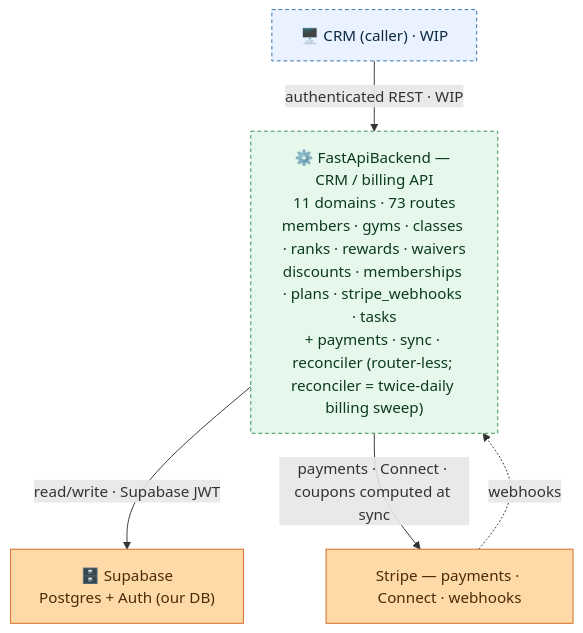
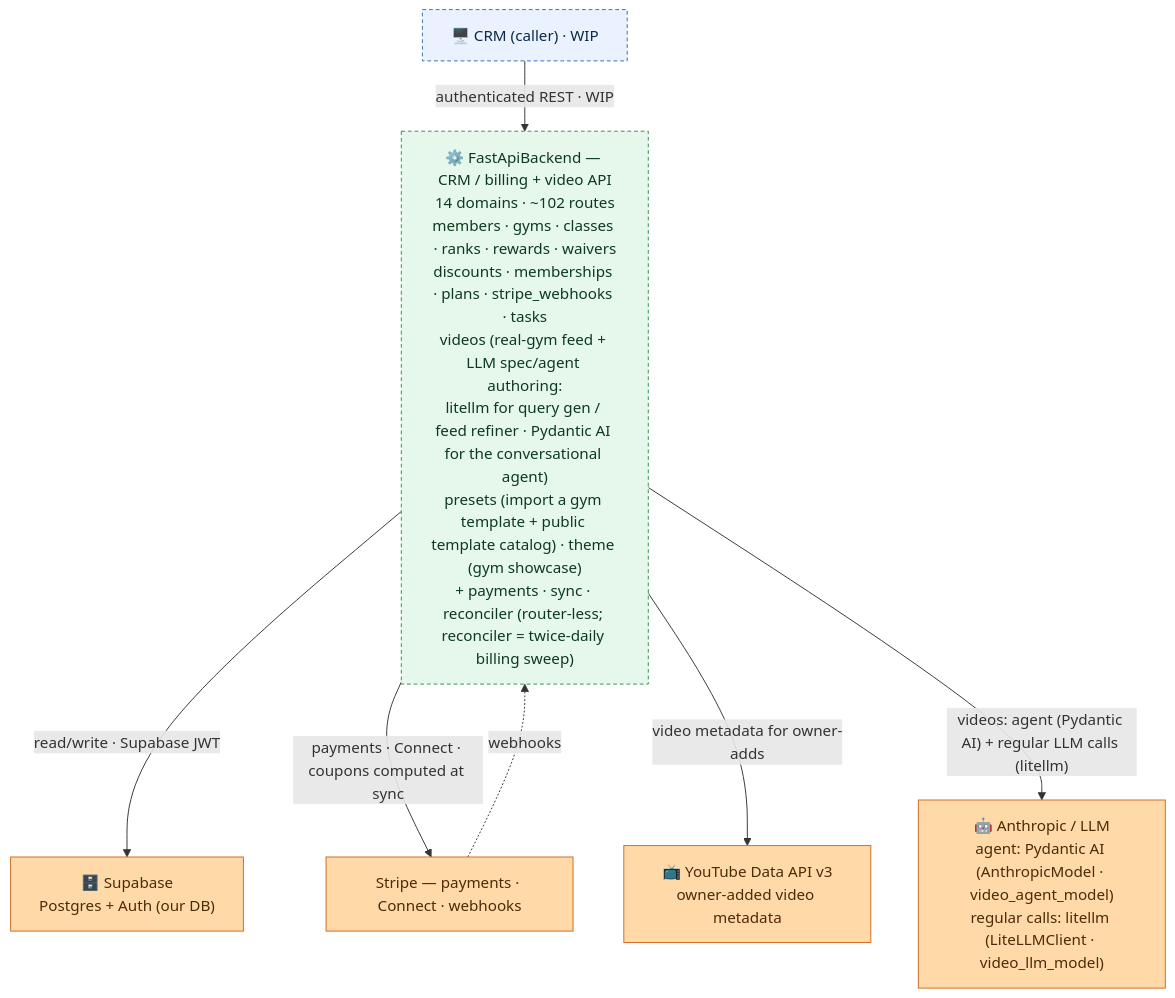
One commit to jesse51002/CombatDen changed the diagram in FastApiBackend/README.md. Above: the diagram before and after it, drawn with Mermaid. The commit also changed other lines of this file and 198 other files, not shown here.

First line of the commit message:
Video domain: LLM spec agent, theme/presets reorg, DB-paginated feed, unified curation model (#45)

````diff
--- a/FastApiBackend/README.md
+++ b/FastApiBackend/README.md
@@ -15,19 +16,23 @@
 ```mermaid
 flowchart TB
   CRM["🖥️ CRM (caller) · WIP"]
-  FB["⚙️ FastApiBackend — CRM / billing API<br/>11 domains · 73 routes<br/>members · gyms · classes · ranks · rewards · waivers<br/>discounts · memberships · plans · stripe_webhooks · tasks<br/>+ payments · sync · reconciler (router-less; reconciler = twice-daily billing sweep)"]
+  FB["⚙️ FastApiBackend — CRM / billing + video API<br/>14 domains · ~102 routes<br/>members · gyms · classes · ranks · rewards · waivers<br/>discounts · memberships · plans · stripe_webhooks · tasks<br/>videos (real-gym feed + LLM spec/agent authoring:<br/>litellm for query gen / feed refiner · Pydantic AI for the conversational agent)<br/>presets (import a gym template + public template catalog) · theme (gym showcase)<br/>+ payments · sync · reconciler (router-less; reconciler = twice-daily billing sweep)"]
   Supabase["🗄️ Supabase<br/>Postgres + Auth (our DB)"]
   Stripe["Stripe — payments · Connect · webhooks"]
+  YouTube["📺 YouTube Data API v3<br/>owner-added video metadata"]
+  LLMProvider["🤖 Anthropic / LLM<br/>agent: Pydantic AI (AnthropicModel · video_agent_model)<br/>regular calls: litellm (LiteLLMClient · video_llm_model)"]
   CRM -->|"authenticated REST · WIP"| FB
   FB -->|"read/write · Supabase JWT"| Supabase
   FB -->|"payments · Connect · coupons computed at sync"| Stripe
   Stripe -.->|"webhooks"| FB
+  FB -->|"video metadata for owner-adds"| YouTube
+  FB -->|"videos: agent (Pydantic AI) + regular LLM calls (litellm)"| LLMProvider
   classDef client fill:#eaf2ff,stroke:#2f6fb0,color:#0b2942;
   classDef svc fill:#e6f7ec,stroke:#2f8f53,color:#0c3a1f;
   classDef ext fill:#ffd9a8,stroke:#d2691e,color:#4a2c08;
   class CRM client;
   class FB svc;
-  class Supabase,Stripe ext;
+  class Supabase,Stripe,YouTube,LLMProvider ext;
   style CRM stroke-dasharray:4 3;
   style FB stroke-dasharray:4 3;
 ```
````
